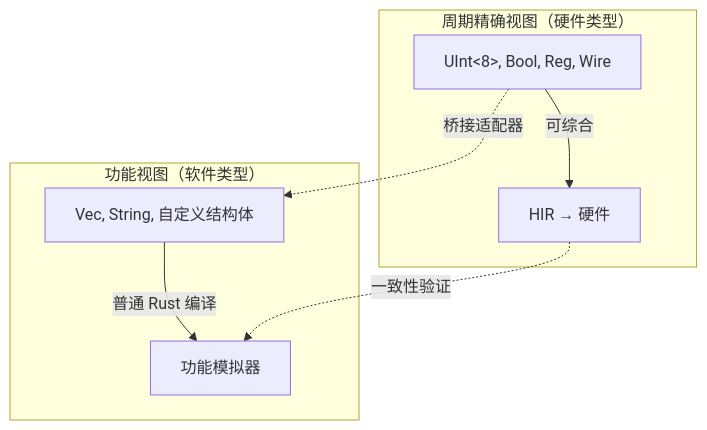
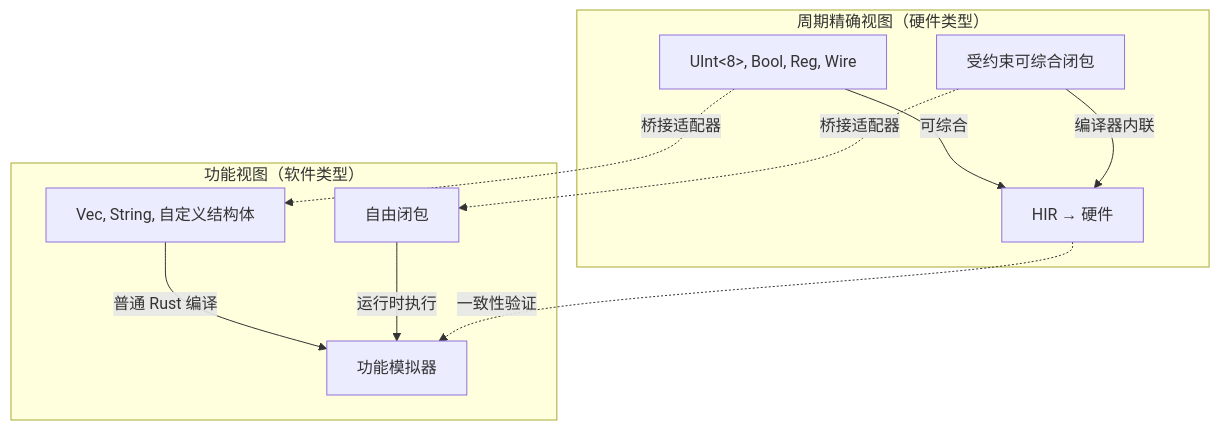
Diagram 18 of 18 in docs/requirements/5. 类型系统.md (TangCan/bitloom), drawn with Mermaid before and after one commit. The commit also changed other lines of this file and 17 other files, not shown here.

````diff
--- a/docs/requirements/5. 类型系统.md
+++ b/docs/requirements/5. 类型系统.md
@@ -355,14 +406,18 @@
 ```mermaid
 flowchart TB
     subgraph "周期精确视图（硬件类型）"
         A[UInt<8>, Bool, Reg, Wire]
-        A -->|可综合| B[HIR → 硬件]
+        B[受约束可综合闭包]
+        A -->|可综合| C[HIR → 硬件]
+        B -->|编译器内联| C
     end
     subgraph "功能视图（软件类型）"
-        C[Vec<u8>, String, 自定义结构体]
-        C -->|普通 Rust 编译| D[功能模拟器]
+        D[Vec<u8>, String, 自定义结构体]
+        E[自由闭包]
+        D -->|普通 Rust 编译| F[功能模拟器]
+        E -->|运行时执行| F
     end
-    A -.->|桥接适配器| C
-    B -.->|一致性验证| D
-
+    A -.->|桥接适配器| D
+    B -.->|桥接适配器| E
+    C -.->|一致性验证| F
 ```
````
